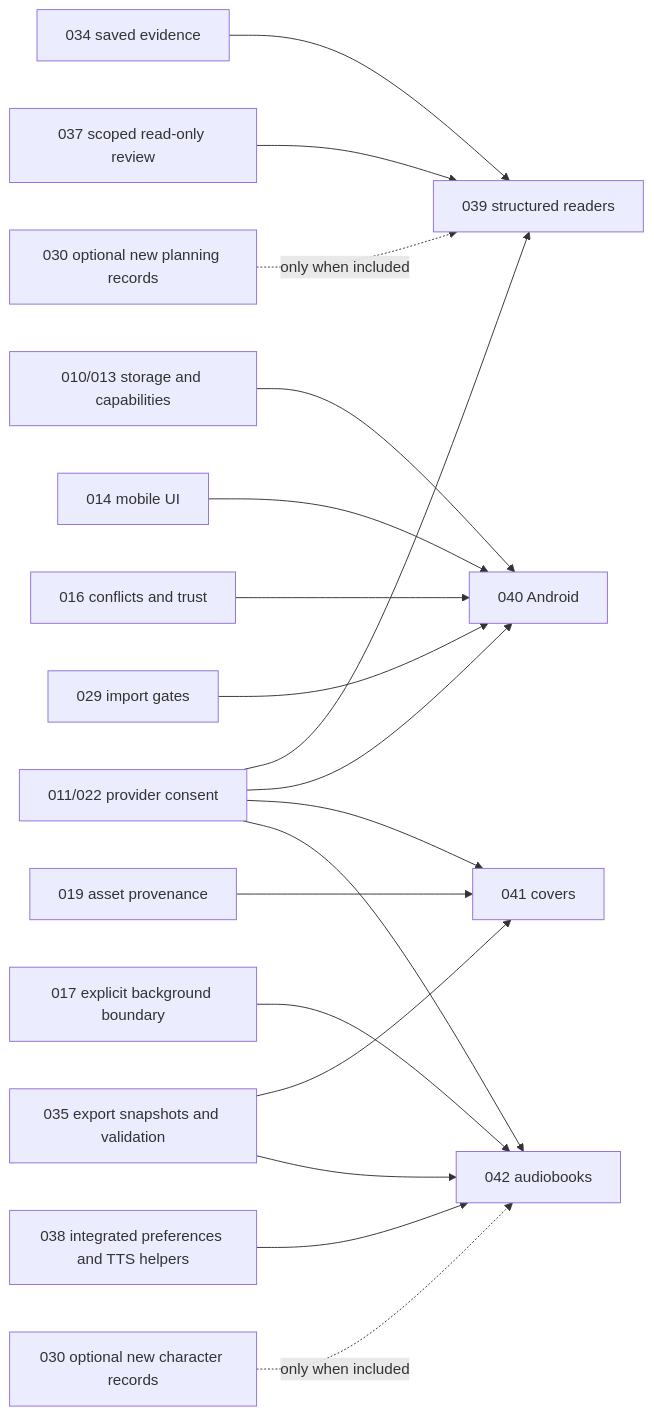
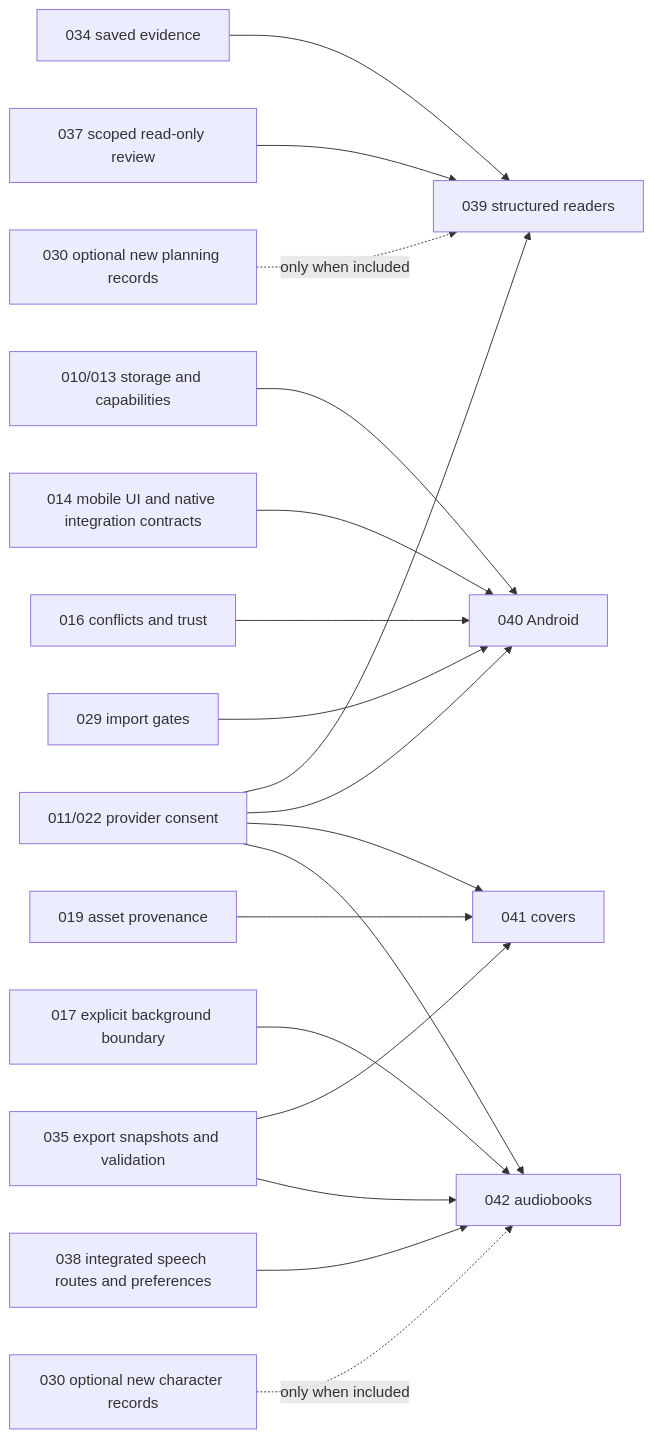
One commit to JordanM575/open-ai-book-studio changed the diagram in docs/SPEC-DAG.md. Above: the diagram before and after it, drawn with Mermaid. The commit also changed other lines of this file and 6 other files, not shown here.

````diff
--- a/docs/SPEC-DAG.md
+++ b/docs/SPEC-DAG.md
@@ -105,20 +105,20 @@
 ```mermaid
 flowchart LR
   S034[034 saved evidence] --> S039[039 structured readers]
   S037[037 scoped read-only review] --> S039
   S011[011/022 provider consent] --> S039
   S010[010/013 storage and capabilities] --> S040[040 Android]
-  S014[014 mobile UI] --> S040
+  S014[014 mobile UI and native integration contracts] --> S040
   S016[016 conflicts and trust] --> S040
   S029[029 import gates] --> S040
   S011 --> S040
   S019[019 asset provenance] --> S041[041 covers]
   S035[035 export snapshots and validation] --> S041
   S011 --> S041
   S017[017 explicit background boundary] --> S042[042 audiobooks]
-  S038[038 integrated preferences and TTS helpers] --> S042
+  S038[038 integrated speech routes and preferences] --> S042
   S011 --> S042
   S035 --> S042
   S030[030 optional new planning records] -. only when included .-> S039
   S030C[030 optional new character records] -. only when included .-> S042
 ```
````
